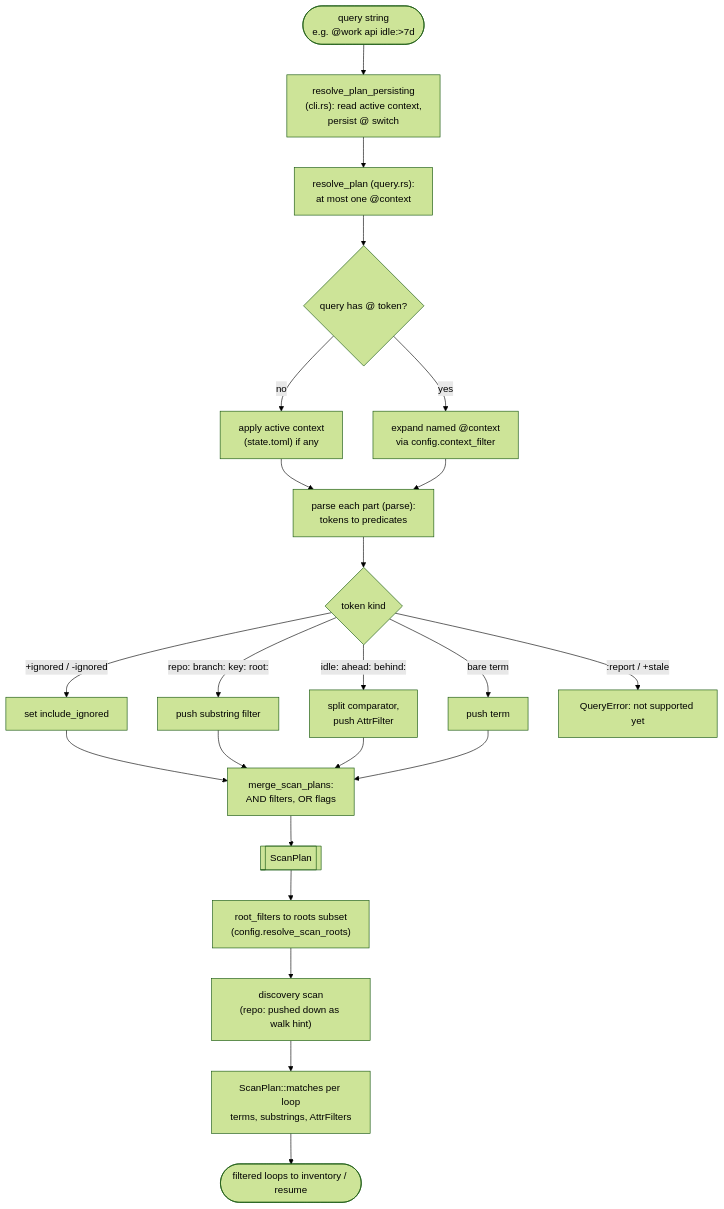
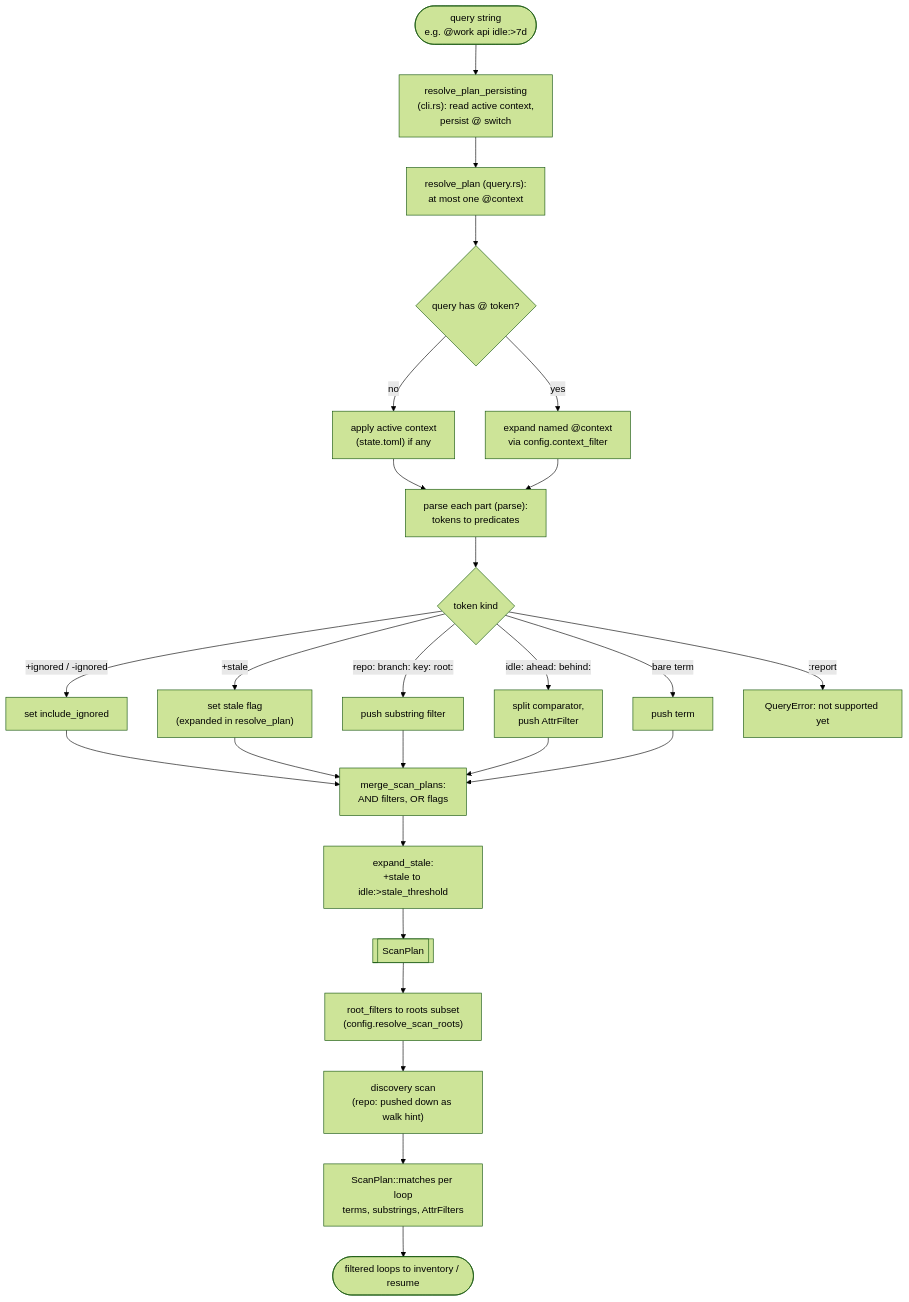
Before and after one commit to carvalhosauro/open-loops: the diagram in docs/architecture/03-query-engine.md, drawn with Mermaid (forest theme). The commit also changed other lines of this file and 7 other files, not shown here.

First line of the commit message:
feat(query): +stale shortcut (ADR 0003 phase 5a) (#51)

````diff
--- a/docs/architecture/03-query-engine.md
+++ b/docs/architecture/03-query-engine.md
@@ -106,29 +107,32 @@
 ```mermaid
 flowchart TD
     qstr(["query string<br/>e.g. @work api idle:&gt;7d"]) --> wrap["resolve_plan_persisting<br/>(cli.rs): read active context,<br/>persist @ switch"]
     wrap --> resolve["resolve_plan (query.rs):<br/>at most one @context"]
 
     resolve --> hasat{query has @ token?}
     hasat -->|no| usedef["apply active context<br/>(state.toml) if any"]
     hasat -->|yes| expand["expand named @context<br/>via config.context_filter"]
     usedef --> subparse
     expand --> subparse
 
     subparse["parse each part (parse):<br/>tokens to predicates"] --> toks{token kind}
     toks -->|+ignored / -ignored| flag["set include_ignored"]
+    toks -->|+stale| stale["set stale flag<br/>(expanded in resolve_plan)"]
     toks -->|repo: branch: key: root:| subs["push substring filter"]
     toks -->|idle: ahead: behind:| attr["split comparator,<br/>push AttrFilter"]
     toks -->|bare term| term["push term"]
-    toks -->|:report / +stale| rep["QueryError: not supported yet"]
+    toks -->|:report| rep["QueryError: not supported yet"]
 
     flag --> merge
+    stale --> merge
     subs --> merge
     attr --> merge
     term --> merge
-    merge["merge_scan_plans:<br/>AND filters, OR flags"] --> plan[["ScanPlan"]]
+    merge["merge_scan_plans:<br/>AND filters, OR flags"] --> stalex["expand_stale:<br/>+stale to idle:&gt;stale_threshold"]
+    stalex --> plan[["ScanPlan"]]
 
     plan --> rootpd["root_filters to roots subset<br/>(config.resolve_scan_roots)"]
     rootpd --> scan["discovery scan<br/>(repo: pushed down as walk hint)"]
     scan --> eval["ScanPlan::matches per loop<br/>terms, substrings, AttrFilters"]
     eval --> out(["filtered loops to inventory / resume"])
 ```
````
